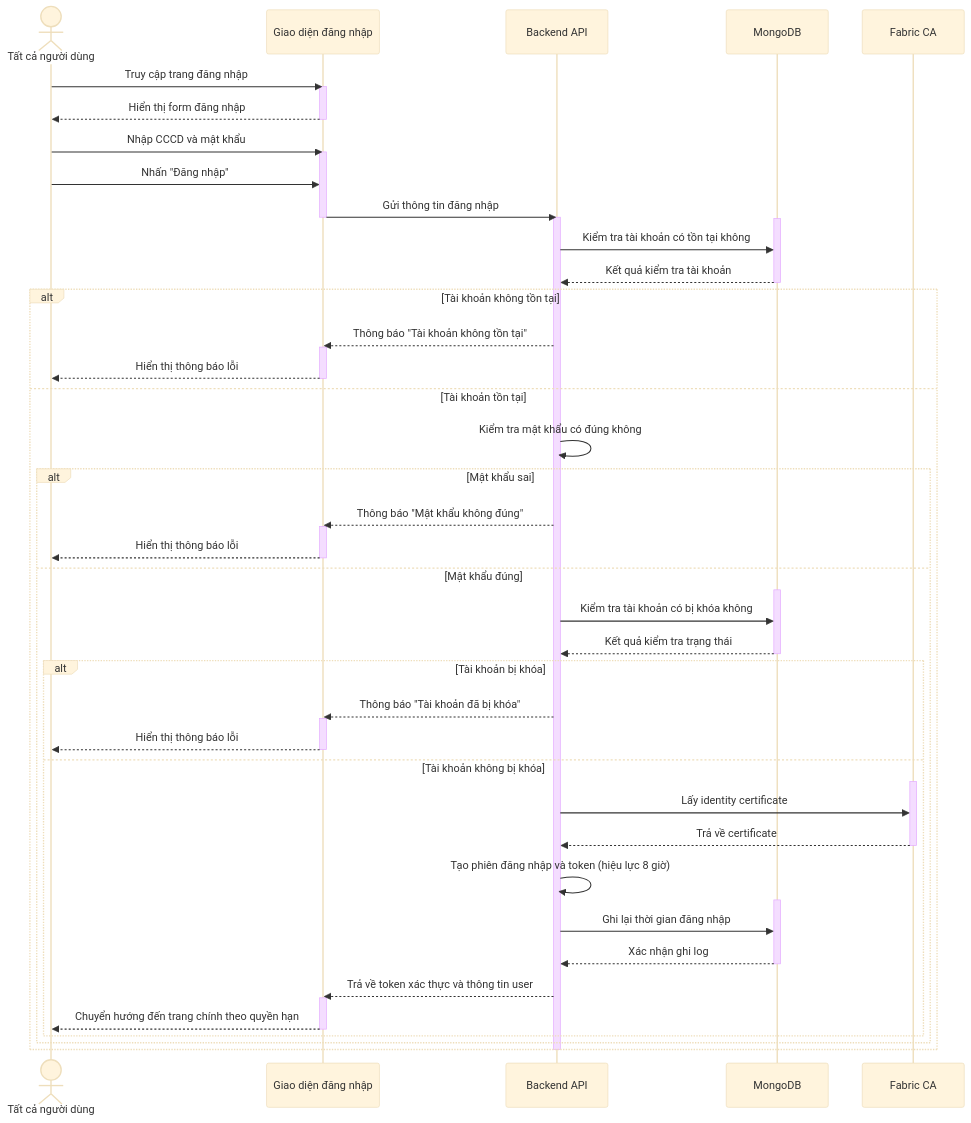
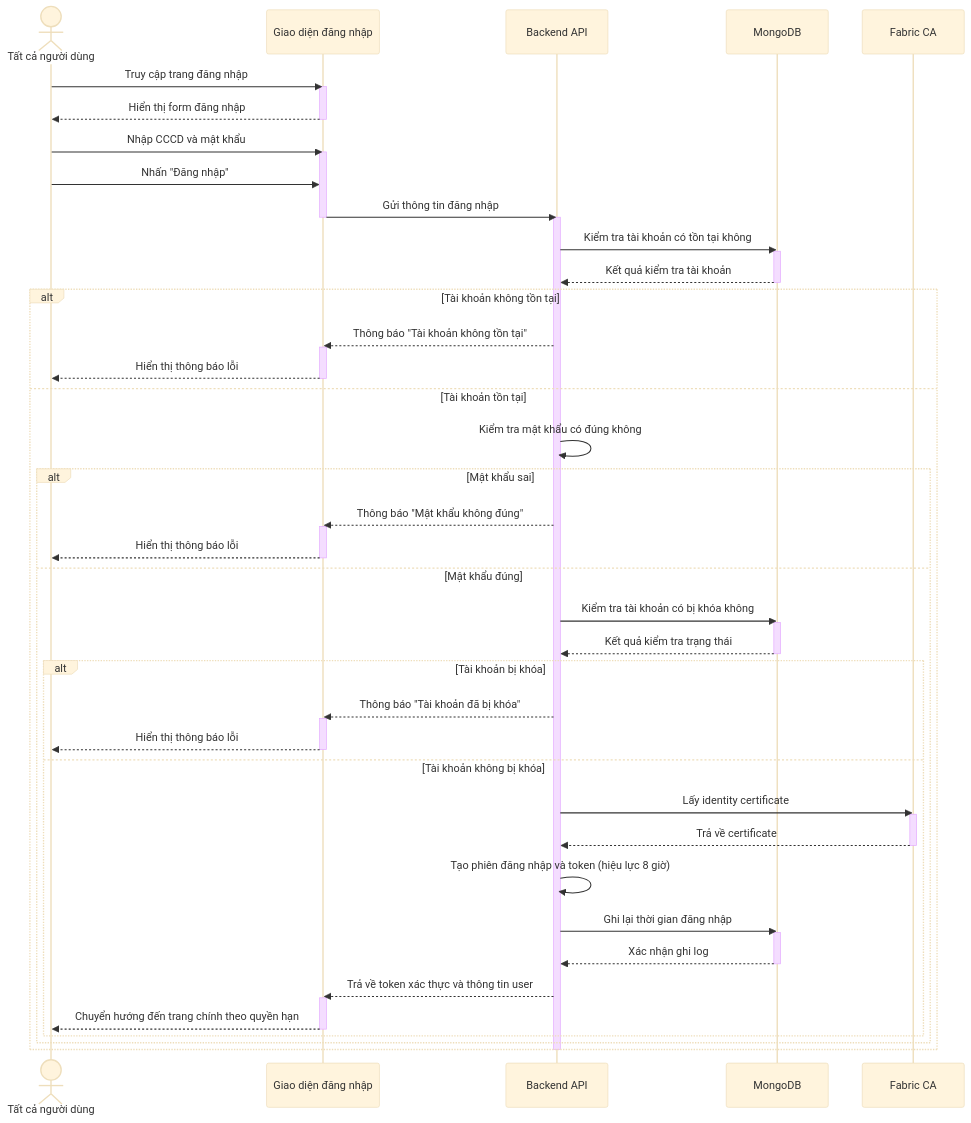
Before and after one commit to Thienpkae/DATN: the third of 39 diagrams in Complete_Use_Case_Sequence_Diagrams.md, drawn with Mermaid (base theme). The commit also changed other lines of this file and 50 other files, not shown here.

````diff
--- a/Complete_Use_Case_Sequence_Diagrams.md
+++ b/Complete_Use_Case_Sequence_Diagrams.md
@@ -230,71 +200,71 @@
 ```mermaid
 sequenceDiagram
     actor User as Tất cả người dùng
     participant UI as Giao diện đăng nhập
     participant API as Backend API
     participant DB as MongoDB
     participant CA as Fabric CA
 
     User ->> UI: Truy cập trang đăng nhập
     activate UI
     UI -->> User: Hiển thị form đăng nhập
     deactivate UI
 
     User ->> UI: Nhập CCCD và mật khẩu
     activate UI
     User ->> UI: Nhấn "Đăng nhập"
     UI ->> API: Gửi thông tin đăng nhập
     deactivate UI
 
     activate API
+    API ->> DB: Kiểm tra tài khoản có tồn tại không
     activate DB
-    API ->> DB: Kiểm tra tài khoản có tồn tại không
     DB -->> API: Kết quả kiểm tra tài khoản
     deactivate DB
 
     alt Tài khoản không tồn tại
         API -->> UI: Thông báo "Tài khoản không tồn tại"
         activate UI
         UI -->> User: Hiển thị thông báo lỗi
         deactivate UI
     else Tài khoản tồn tại
         API ->> API: Kiểm tra mật khẩu có đúng không
 
         alt Mật khẩu sai
             API -->> UI: Thông báo "Mật khẩu không đúng"
             activate UI
             UI -->> User: Hiển thị thông báo lỗi
             deactivate UI
         else Mật khẩu đúng
+            API ->> DB: Kiểm tra tài khoản có bị khóa không
             activate DB
-            API ->> DB: Kiểm tra tài khoản có bị khóa không
             DB -->> API: Kết quả kiểm tra trạng thái
             deactivate DB
 
             alt Tài khoản bị khóa
                 API -->> UI: Thông báo "Tài khoản đã bị khóa"
                 activate UI
                 UI -->> User: Hiển thị thông báo lỗi
                 deactivate UI
             else Tài khoản không bị khóa
+                API ->> CA: Lấy identity certificate
                 activate CA
-                API ->> CA: Lấy identity certificate
                 CA -->> API: Trả về certificate
                 deactivate CA
 
                 API ->> API: Tạo phiên đăng nhập và token (hiệu lực 8 giờ)
+                API ->> DB: Ghi lại thời gian đăng nhập
                 activate DB
-                API ->> DB: Ghi lại thời gian đăng nhập
                 DB -->> API: Xác nhận ghi log
                 deactivate DB
 
                 API -->> UI: Trả về token xác thực và thông tin user
                 activate UI
                 UI -->> User: Chuyển hướng đến trang chính theo quyền hạn
                 deactivate UI
             end
         end
     end
 
     deactivate API
 ```
````
